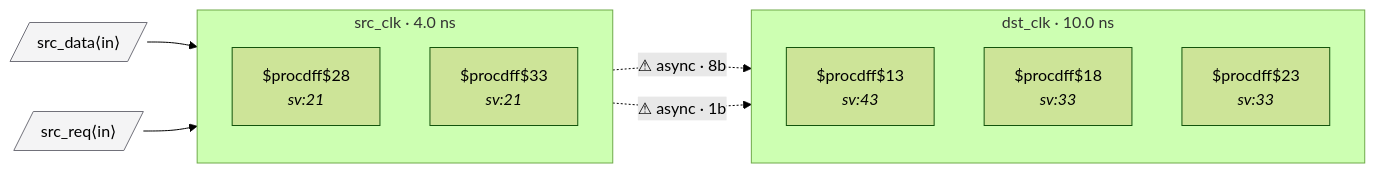
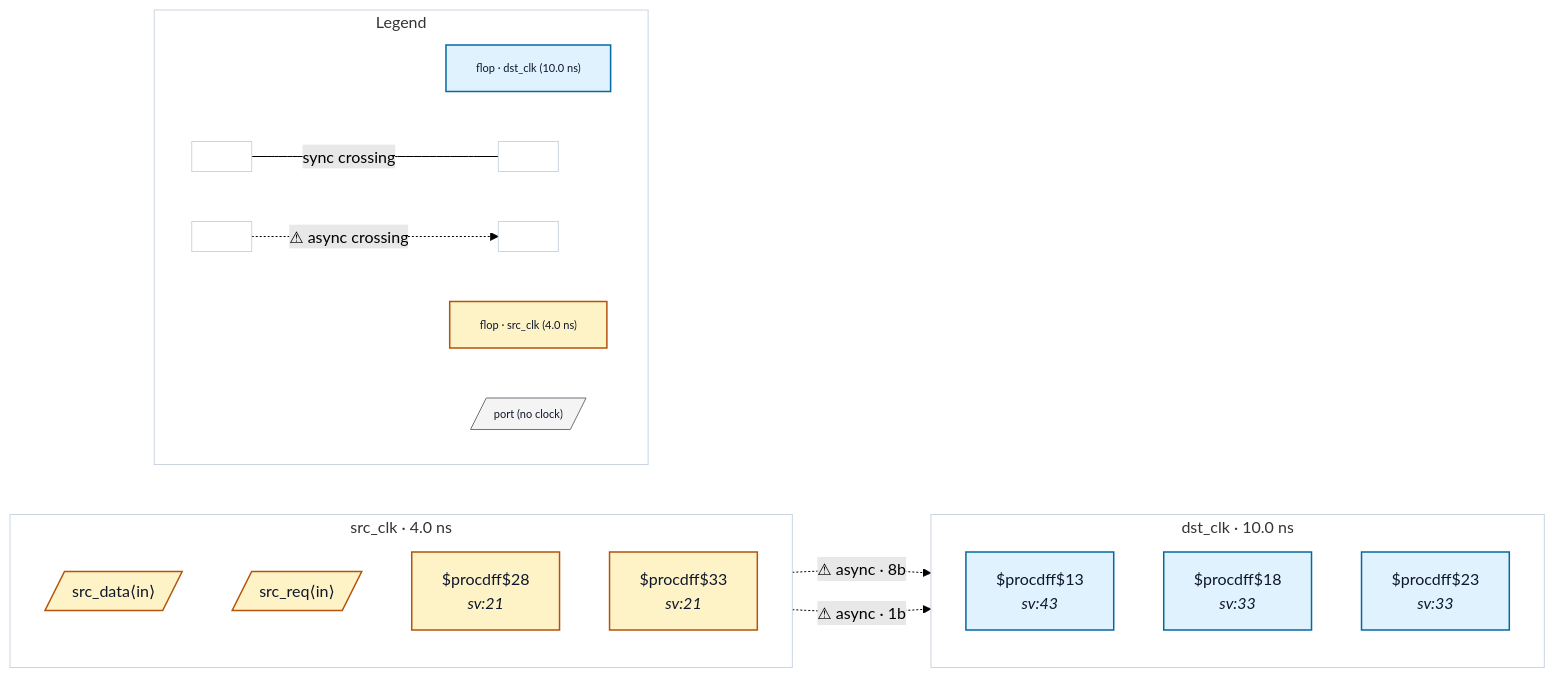
Before and after one commit to rtl-buddy/rtl-buddy-cdc: the diagram in tests/fixtures/bad_functional_datahold_enable/README.md, drawn with Mermaid (forest theme). The commit also changed 71 other files, not shown here.

First line of the commit message:
Refresh fixture READMEs + render iterations (colors, legend, nested ports, clock-net edges)

````diff
--- a/tests/fixtures/bad_functional_datahold_enable/README.md
+++ b/tests/fixtures/bad_functional_datahold_enable/README.md
@@ -16,22 +16,45 @@
 ```mermaid
 %% bad_functional_datahold_enable — generated by rtl-buddy-cdc render
 flowchart LR
   subgraph clk_dst_clk["dst_clk · 10.0 ns"]
     direction TB
-    f_345db668["$procdff$13<br/><i>sv:43</i>"]
-    f_ceb42027["$procdff$18<br/><i>sv:33</i>"]
-    f_6c0ad9de["$procdff$23<br/><i>sv:33</i>"]
+    f_345db668["$procdff$13<br/><i>sv:43</i>"]:::ckcls_dst_clk
+    f_ceb42027["$procdff$18<br/><i>sv:33</i>"]:::ckcls_dst_clk
+    f_6c0ad9de["$procdff$23<br/><i>sv:33</i>"]:::ckcls_dst_clk
   end
   subgraph clk_src_clk["src_clk · 4.0 ns"]
     direction TB
-    f_b8d18228["$procdff$28<br/><i>sv:21</i>"]
-    f_fc00a429["$procdff$33<br/><i>sv:21</i>"]
+    p_in_src_data[/"src_data⟨in⟩"/]:::ckcls_src_clk
+    p_in_src_req[/"src_req⟨in⟩"/]:::ckcls_src_clk
+    f_b8d18228["$procdff$28<br/><i>sv:21</i>"]:::ckcls_src_clk
+    f_fc00a429["$procdff$33<br/><i>sv:21</i>"]:::ckcls_src_clk
   end
-  p_in_src_data[/"src_data⟨in⟩"/]:::port
-  p_in_src_req[/"src_req⟨in⟩"/]:::port
-  p_in_src_data --> f_b8d18228
-  p_in_src_req --> f_b8d18228
   f_b8d18228 -. "⚠ async · 8b" .-> f_345db668
   f_fc00a429 -. "⚠ async · 1b" .-> f_ceb42027
-  classDef port fill:#f4f4f5,stroke:#71717a
+  subgraph rb_legend["Legend"]
+    direction LR
+    lg_clk_dst_clk["flop · dst_clk (10.0 ns)"]:::ckcls_dst_clk
+    lg_clk_src_clk["flop · src_clk (4.0 ns)"]:::ckcls_src_clk
+    lg_port[/"port (no clock)"/]:::port_unassigned
+    lg_sync_a[" "]:::ckcls_legend_neutral
+    lg_sync_b[" "]:::ckcls_legend_neutral
+    lg_async_a[" "]:::ckcls_legend_neutral
+    lg_async_b[" "]:::ckcls_legend_neutral
+    lg_sync_a --- |"sync crossing"| lg_sync_b
+    lg_async_a -. "⚠ async crossing" .-> lg_async_b
+  end
+  style clk_dst_clk fill:none,stroke:#cbd5e1
+  style clk_src_clk fill:none,stroke:#cbd5e1
+  style rb_legend fill:none,stroke:#cbd5e1
+  style lg_clk_dst_clk font-size:11px
+  style lg_clk_src_clk font-size:11px
+  style lg_port font-size:11px
+  style lg_sync_a font-size:11px
+  style lg_sync_b font-size:11px
+  style lg_async_a font-size:11px
+  style lg_async_b font-size:11px
+  classDef ckcls_dst_clk fill:#e0f2fe,stroke:#0369a1,stroke-width:1.5px,color:#0f172a
+  classDef ckcls_src_clk fill:#fef3c7,stroke:#b45309,stroke-width:1.5px,color:#0f172a
+  classDef port_unassigned fill:#f4f4f5,stroke:#71717a,color:#0f172a
+  classDef ckcls_legend_neutral fill:#ffffff,stroke:#cbd5e1,stroke-width:1px,color:#0f172a
 ```
````
